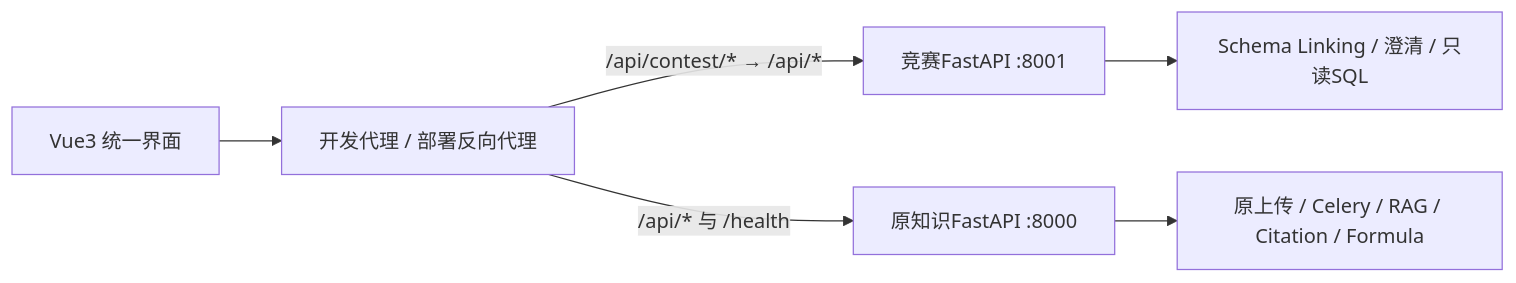
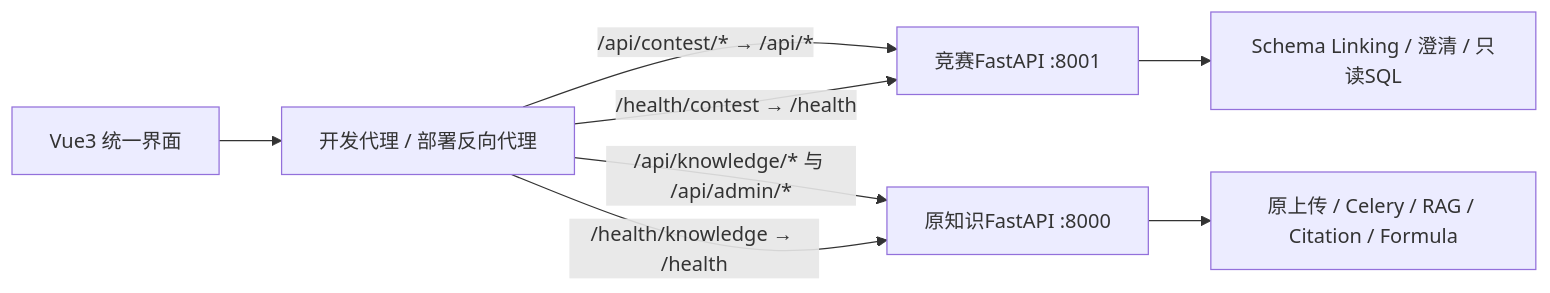
The diagram in docs/CONTEST_INTEGRATION.md (pikeduo/dkf-agent), drawn with Mermaid before and after one commit. The commit also changed other lines of this file and 47 other files, not shown here.

````diff
--- a/docs/CONTEST_INTEGRATION.md
+++ b/docs/CONTEST_INTEGRATION.md
@@ -34,8 +34,10 @@
 ```mermaid
 flowchart LR
     UI[Vue3 统一界面] --> P[开发代理 / 部署反向代理]
     P -->|/api/contest/* → /api/*| C[竞赛FastAPI :8001]
-    P -->|/api/* 与 /health| K[原知识FastAPI :8000]
+    P -->|/api/knowledge/* 与 /api/admin/*| K[原知识FastAPI :8000]
+    P -->|/health/contest → /health| C
+    P -->|/health/knowledge → /health| K
     C --> S[Schema Linking / 澄清 / 只读SQL]
     K --> R[原上传 / Celery / RAG / Citation / Formula]
 ```
````
